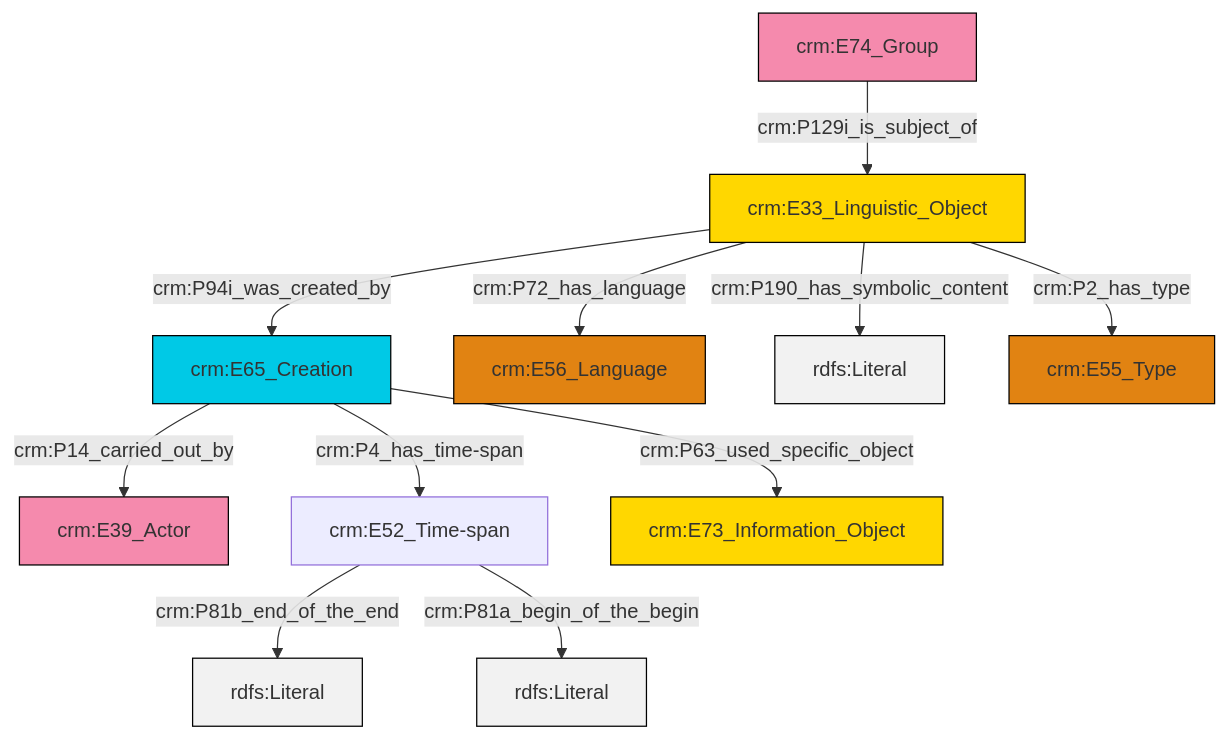
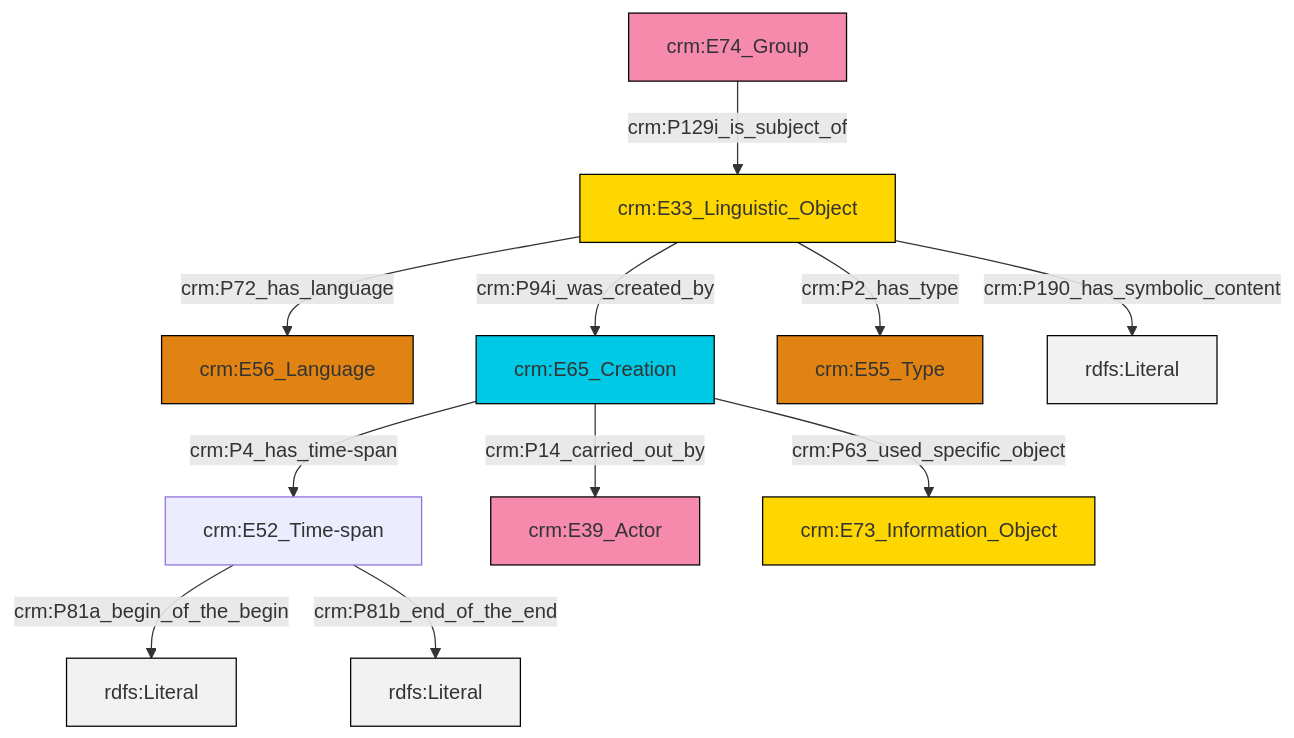
Before and after one commit to ncarboni/srdm: the diagram in et/groupCSV/ttl/mmd/group_description.ttl.mmd, drawn with Mermaid. The commit also changed 184 other files, not shown here.

```diff
--- a/et/groupCSV/ttl/mmd/group_description.ttl.mmd
+++ b/et/groupCSV/ttl/mmd/group_description.ttl.mmd
@@ -1,25 +1,25 @@
 graph TD
 classDef Literal fill:#f2f2f2,stroke:#000000;
 classDef CRM_Entity fill:#FFFFFF,stroke:#000000;
 classDef Temporal_Entity fill:#00C9E6, stroke:#000000;
 classDef Type fill:#E18312, stroke:#000000;
 classDef Time-Span fill:#2C9C91, stroke:#000000;
 classDef Appellation fill:#FFEB7F, stroke:#000000;
 classDef Place fill:#008836, stroke:#000000;
 classDef Persistent_Item fill:#B266B2, stroke:#000000;
 classDef Conceptual_Object fill:#FFD700, stroke:#000000;
 classDef Physical_Thing fill:#D2B48C, stroke:#000000;
 classDef Actor fill:#f58aad, stroke:#000000;
 classDef PC_Classes fill:#4ce600, stroke:#000000;
 classDef Multi fill:#cccccc,stroke:#000000;
 
-0["crm:E65_Creation"]:::Temporal_Entity -->|crm:P14_carried_out_by| 1["crm:E39_Actor"]:::Actor
-2["crm:E33_Linguistic_Object"]:::Conceptual_Object -->|crm:P72_has_language| 3["crm:E56_Language"]:::Type
-4["crm:E52_Time-span"]:::Default -->|crm:P81b_end_of_the_end| 5[rdfs:Literal]:::Literal
-0["crm:E65_Creation"]:::Temporal_Entity -->|crm:P4_has_time-span| 4["crm:E52_Time-span"]:::Default
-0["crm:E65_Creation"]:::Temporal_Entity -->|crm:P63_used_specific_object| 6["crm:E73_Information_Object"]:::Conceptual_Object
-2["crm:E33_Linguistic_Object"]:::Conceptual_Object -->|crm:P190_has_symbolic_content| 7[rdfs:Literal]:::Literal
-2["crm:E33_Linguistic_Object"]:::Conceptual_Object -->|crm:P94i_was_created_by| 0["crm:E65_Creation"]:::Temporal_Entity
-4["crm:E52_Time-span"]:::Default -->|crm:P81a_begin_of_the_begin| 14[rdfs:Literal]:::Literal
-15["crm:E74_Group"]:::Actor -->|crm:P129i_is_subject_of| 2["crm:E33_Linguistic_Object"]:::Conceptual_Object
-2["crm:E33_Linguistic_Object"]:::Conceptual_Object -->|crm:P2_has_type| 12["crm:E55_Type"]:::Type
+0["crm:E52_Time-span"]:::Default -->|crm:P81a_begin_of_the_begin| 1[rdfs:Literal]:::Literal
+4["crm:E65_Creation"]:::Temporal_Entity -->|crm:P14_carried_out_by| 5["crm:E39_Actor"]:::Actor
+0["crm:E52_Time-span"]:::Default -->|crm:P81b_end_of_the_end| 7[rdfs:Literal]:::Literal
+4["crm:E65_Creation"]:::Temporal_Entity -->|crm:P4_has_time-span| 0["crm:E52_Time-span"]:::Default
+4["crm:E65_Creation"]:::Temporal_Entity -->|crm:P63_used_specific_object| 10["crm:E73_Information_Object"]:::Conceptual_Object
+15["crm:E74_Group"]:::Actor -->|crm:P129i_is_subject_of| 8["crm:E33_Linguistic_Object"]:::Conceptual_Object
+8["crm:E33_Linguistic_Object"]:::Conceptual_Object -->|crm:P94i_was_created_by| 4["crm:E65_Creation"]:::Temporal_Entity
+8["crm:E33_Linguistic_Object"]:::Conceptual_Object -->|crm:P190_has_symbolic_content| 17[rdfs:Literal]:::Literal
+8["crm:E33_Linguistic_Object"]:::Conceptual_Object -->|crm:P2_has_type| 12["crm:E55_Type"]:::Type
+8["crm:E33_Linguistic_Object"]:::Conceptual_Object -->|crm:P72_has_language| 2["crm:E56_Language"]:::Type
```
